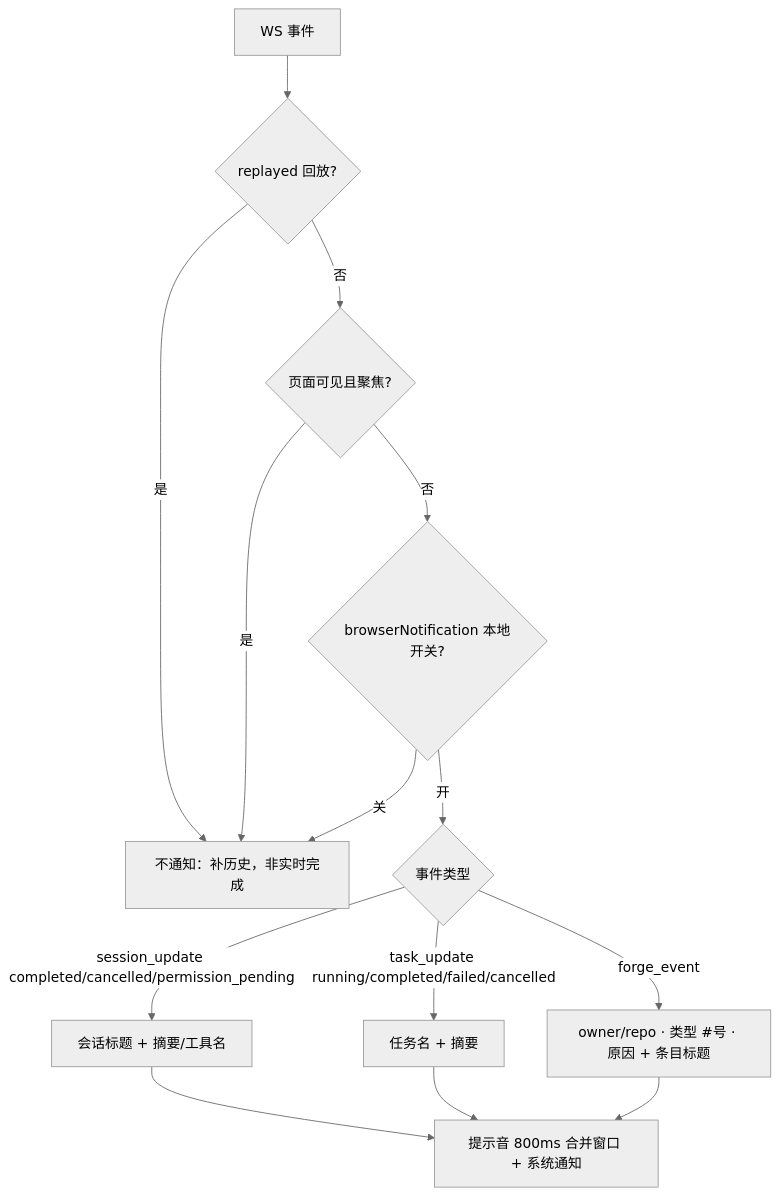
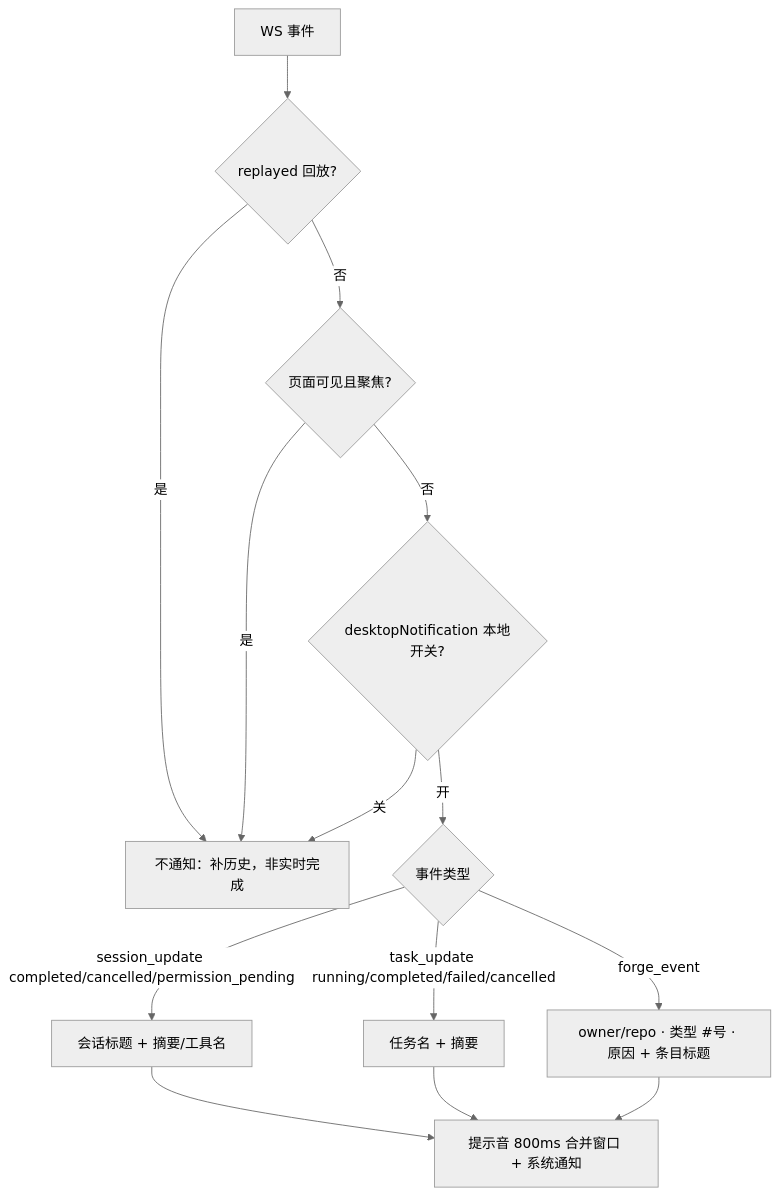
One commit to clawbench-dev/clawbench changed the third of 4 diagrams in docs/spec/features/push-notifications.md. Above: the diagram before and after it, drawn with Mermaid (neutral theme). The commit also changed other lines of this file and 13 other files, not shown here.

````diff
--- a/docs/spec/features/push-notifications.md
+++ b/docs/spec/features/push-notifications.md
@@ -52,16 +52,16 @@
 ```mermaid
 flowchart TD
     A[WS 事件] --> B{replayed 回放?}
     B -->|是| Z[不通知：补历史，非实时完成]
     B -->|否| C{页面可见且聚焦?}
     C -->|是| Z
-    C -->|否| D{browserNotification 本地开关?}
+    C -->|否| D{desktopNotification 本地开关?}
     D -->|关| Z
     D -->|开| E{事件类型}
     E -->|session_update completed/cancelled/permission_pending| F[会话标题 + 摘要/工具名]
     E -->|task_update running/completed/failed/cancelled| G[任务名 + 摘要]
     E -->|forge_event| H[owner/repo · 类型 #号 · 原因 + 条目标题]
     F --> I[提示音 800ms 合并窗口 + 系统通知]
     G --> I
     H --> I
 ```
````
